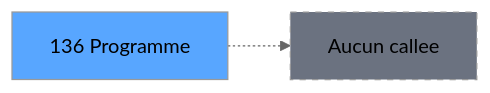
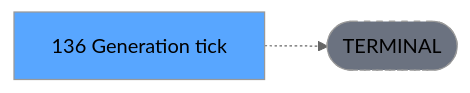
The third of 3 diagrams in .openspec/renders/ADH-IDE-136.md (thonyAGP/lecteur-magic), drawn with Mermaid (neutral theme) before and after one commit. The commit also changed other lines of this file and 701 other files, not shown here.

````diff
--- a/.openspec/renders/ADH-IDE-136.md
+++ b/.openspec/renders/ADH-IDE-136.md
@@ -154,8 +136,8 @@
 ```mermaid
 graph LR
-    T[136 Programme]
-    NONE[Aucun callee]
-    T -.-> NONE
+    T[136 Generation tick]
+    TERM([TERMINAL])
+    T -.-> TERM
+    style TERM fill:#6b7280,stroke-dasharray: 5 5
     style T fill:#58a6ff,color:#000
-    style NONE fill:#6b7280,stroke-dasharray: 5 5
 ```
````
